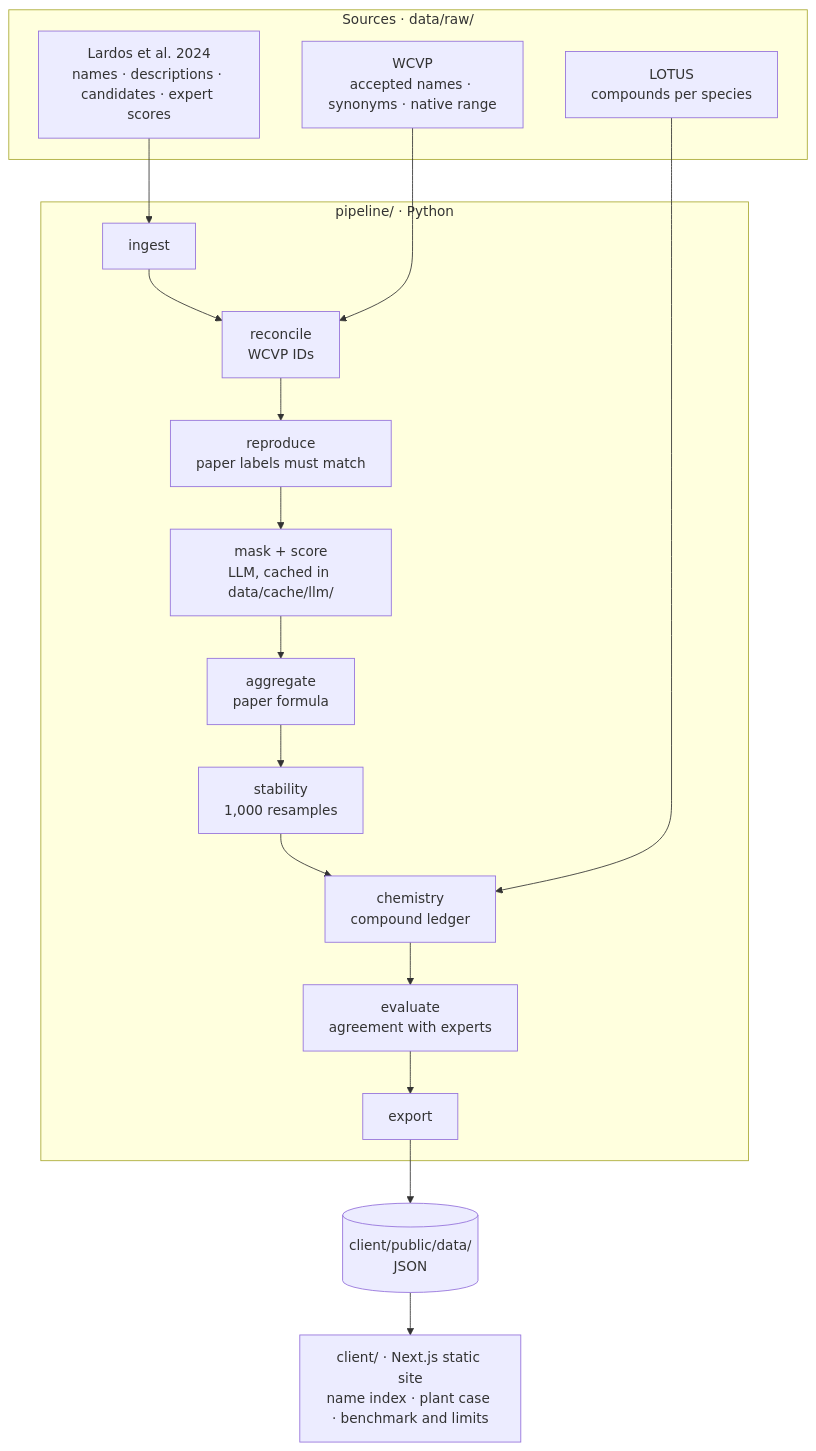
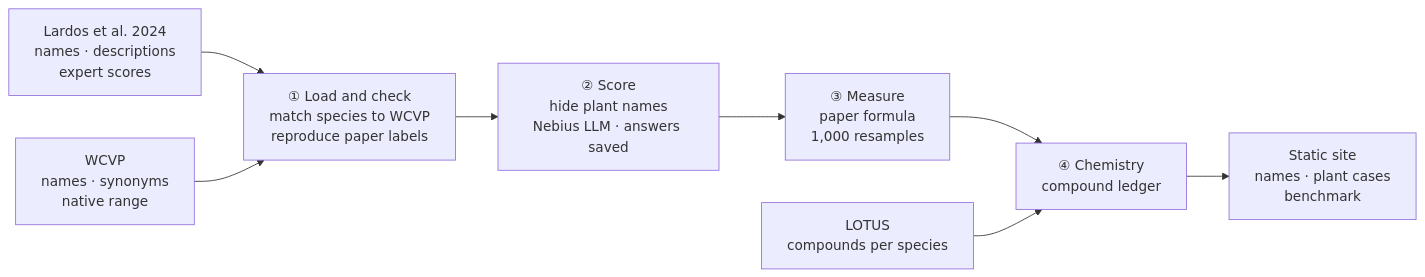
One commit to fozagtx/Materia-Incerta- changed the diagram in README.md. Above: the diagram before and after it, drawn with Mermaid. The commit also changed other lines of this file, not shown here.

Commit message:
README: wide architecture diagram, plain Model row
Redraw the Mermaid diagram left to right (sources, four steps, site)
so it fills the page width instead of a tall column. Rewrite the Model
row in plain words: Nebius, tested with Qwen3-235B, answers saved so
results rebuild without calling the model.

Claude-Session: https://claude.ai/code/session_01HRRPR4yd24zFmLVNBXkppo

````diff
--- a/README.md
+++ b/README.md
@@ -53,25 +53,10 @@
 ```mermaid
-flowchart TB
-    subgraph SRC["Sources · data/raw/"]
-        L["Lardos et al. 2024<br/>names · descriptions · candidates · expert scores"]
-        W["WCVP<br/>accepted names · synonyms · native range"]
-        LO["LOTUS<br/>compounds per species"]
-    end
-
-    subgraph PIPE["pipeline/ · Python"]
-        I["ingest"] --> R["reconcile<br/>WCVP IDs"]
-        R --> RP["reproduce<br/>paper labels must match"]
-        RP --> S["mask + score<br/>LLM, cached in data/cache/llm/"]
-        S --> A["aggregate<br/>paper formula"]
-        A --> ST["stability<br/>1,000 resamples"]
-        ST --> C["chemistry<br/>compound ledger"]
-        C --> E["evaluate<br/>agreement with experts"]
-        E --> X["export"]
-    end
-
-    L --> I
-    W --> R
-    LO --> C
-    X --> J[("client/public/data/<br/>JSON")]
-    J --> SITE["client/ · Next.js static site<br/>name index · plant case · benchmark and limits"]
+flowchart LR
+    L["Lardos et al. 2024<br/>names · descriptions<br/>expert scores"] --> P1
+    W["WCVP<br/>names · synonyms<br/>native range"] --> P1
+    P1["① Load and check<br/>match species to WCVP<br/>reproduce paper labels"] --> P2["② Score<br/>hide plant names<br/>Nebius LLM · answers saved"]
+    P2 --> P3["③ Measure<br/>paper formula<br/>1,000 resamples"]
+    P3 --> P4["④ Chemistry<br/>compound ledger"]
+    LO["LOTUS<br/>compounds per species"] --> P4
+    P4 --> S["Static site<br/>names · plant cases<br/>benchmark"]
 ```
````
